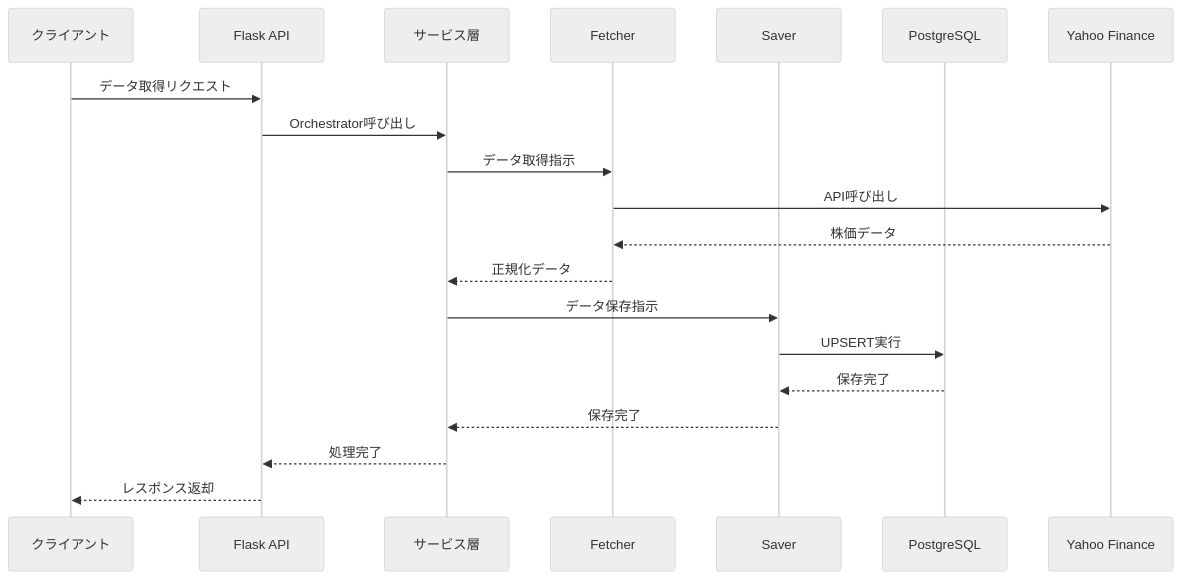
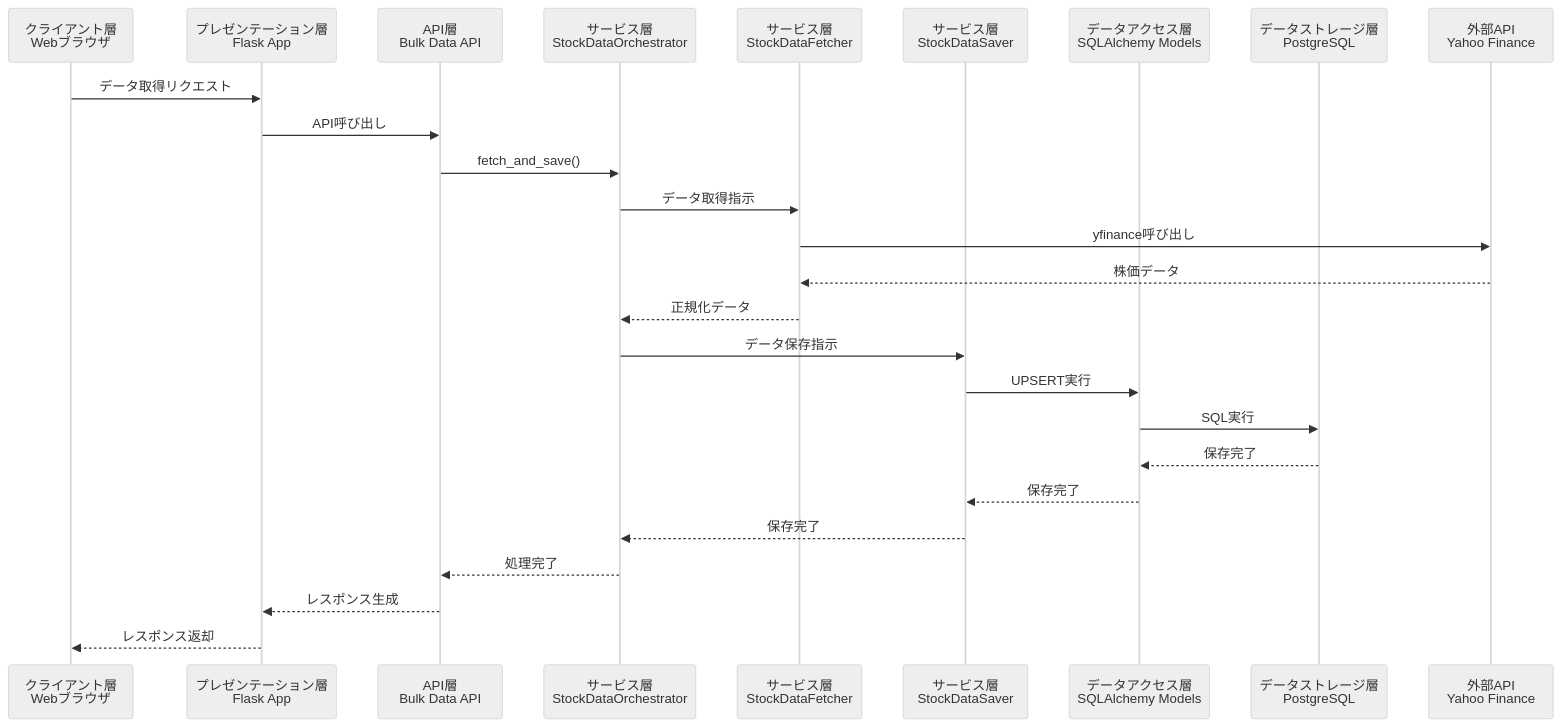
The second of 3 diagrams in docs/architecture/architecture_overview.md (TIMMY-WEST/STOCK-INVESTMENT-ANALYZER), drawn with Mermaid (neutral theme) before and after one commit. The commit also changed other lines of this file, not shown here.

Commit message:
fix architecture doc

````diff
--- a/docs/architecture/architecture_overview.md
+++ b/docs/architecture/architecture_overview.md
@@ -134,23 +142,29 @@
 ```mermaid
 sequenceDiagram
-    participant Client as クライアント
-    participant API as Flask API
-    participant Service as サービス層
-    participant Fetcher as Fetcher
-    participant Saver as Saver
-    participant DB as PostgreSQL
-    participant YF as Yahoo Finance
+    participant Client as クライアント層<br/>Webブラウザ
+    participant Flask as プレゼンテーション層<br/>Flask App
+    participant API as API層<br/>Bulk Data API
+    participant Orchestrator as サービス層<br/>StockDataOrchestrator
+    participant Fetcher as サービス層<br/>StockDataFetcher
+    participant Saver as サービス層<br/>StockDataSaver
+    participant Models as データアクセス層<br/>SQLAlchemy Models
+    participant DB as データストレージ層<br/>PostgreSQL
+    participant YF as 外部API<br/>Yahoo Finance
 
-    Client->>API: データ取得リクエスト
-    API->>Service: Orchestrator呼び出し
-    Service->>Fetcher: データ取得指示
-    Fetcher->>YF: API呼び出し
+    Client->>Flask: データ取得リクエスト
+    Flask->>API: API呼び出し
+    API->>Orchestrator: fetch_and_save()
+    Orchestrator->>Fetcher: データ取得指示
+    Fetcher->>YF: yfinance呼び出し
     YF-->>Fetcher: 株価データ
-    Fetcher-->>Service: 正規化データ
-    Service->>Saver: データ保存指示
-    Saver->>DB: UPSERT実行
-    DB-->>Saver: 保存完了
-    Saver-->>Service: 保存完了
-    Service-->>API: 処理完了
-    API-->>Client: レスポンス返却
+    Fetcher-->>Orchestrator: 正規化データ
+    Orchestrator->>Saver: データ保存指示
+    Saver->>Models: UPSERT実行
+    Models->>DB: SQL実行
+    DB-->>Models: 保存完了
+    Models-->>Saver: 保存完了
+    Saver-->>Orchestrator: 保存完了
+    Orchestrator-->>API: 処理完了
+    API-->>Flask: レスポンス生成
+    Flask-->>Client: レスポンス返却
 ```
````
